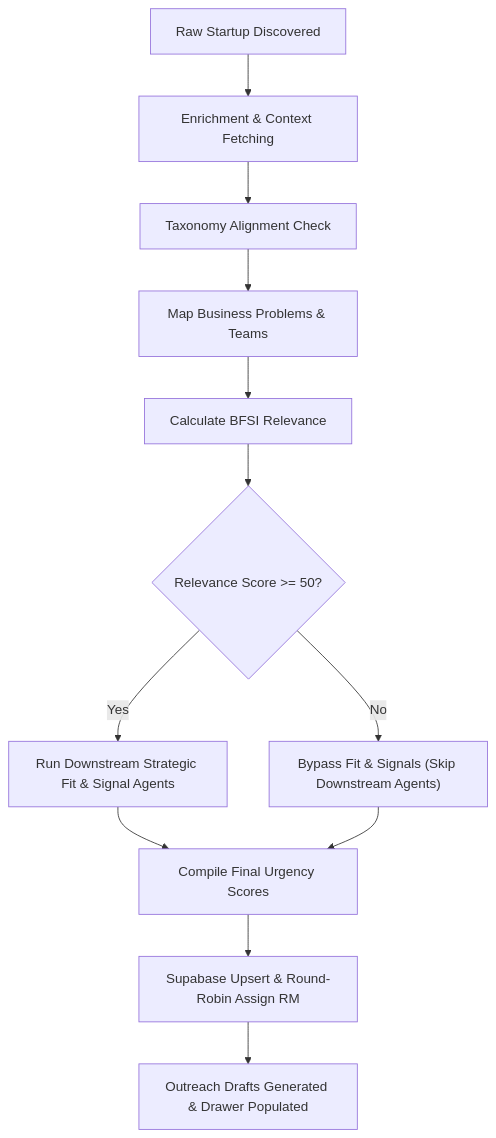
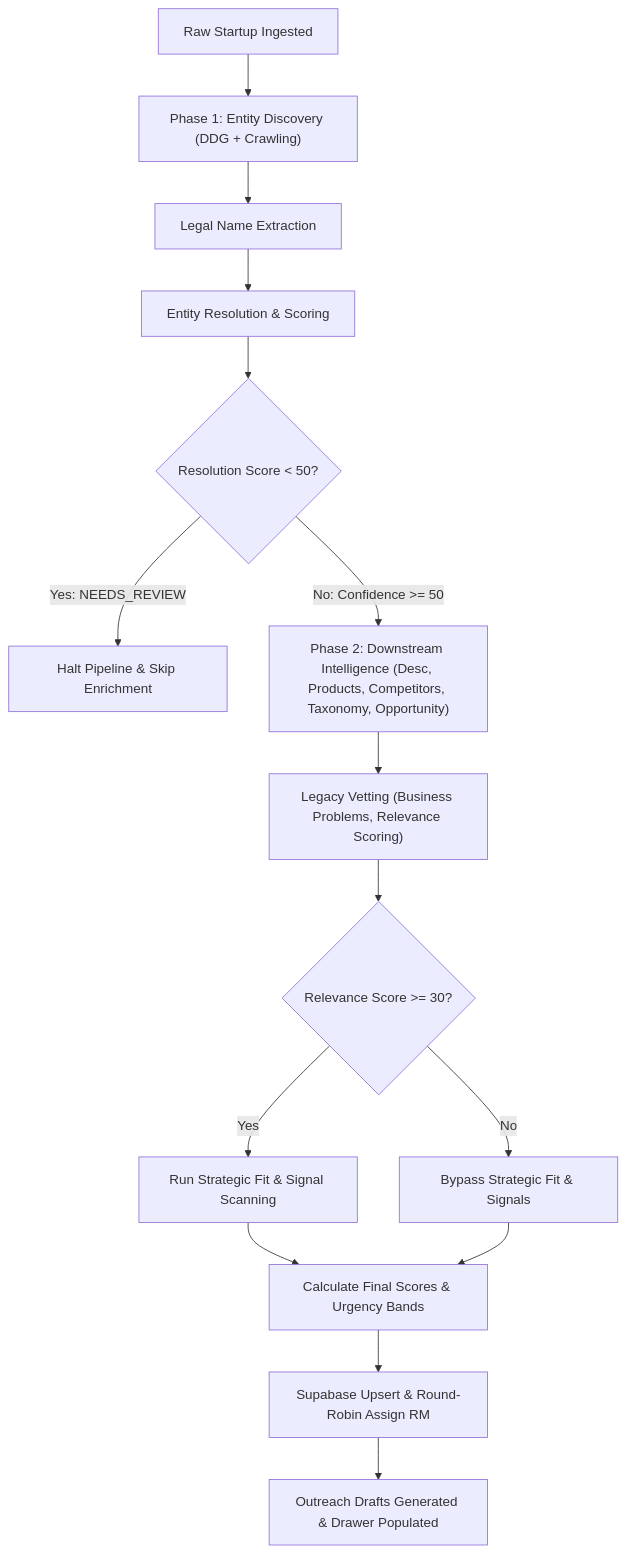
Before and after one commit to anuragbhayalprojects/startup-intelligence: the first of 6 diagrams in docs/architecture/Startup_Intelligence_Architecture_Documentation.md, drawn with Mermaid. The commit also changed other lines of this file and 65 other files, not shown here.

Commit message:
fix: standardize brand name cleaning, optimize legal name and funding extraction in multi-agent ingestion pipeline

````diff
--- a/docs/architecture/Startup_Intelligence_Architecture_Documentation.md
+++ b/docs/architecture/Startup_Intelligence_Architecture_Documentation.md
@@ -43,14 +46,17 @@
 ```mermaid
 graph TD
-    A["Raw Startup Discovered"] --> B["Enrichment & Context Fetching"]
-    B --> C["Taxonomy Alignment Check"]
-    C --> D["Map Business Problems & Teams"]
-    D --> E["Calculate BFSI Relevance"]
-    E --> F{"Relevance Score >= 50?"}
-    F -->|Yes| G["Run Downstream Strategic Fit & Signal Agents"]
-    F -->|No| H["Bypass Fit & Signals (Skip Downstream Agents)"]
-    G --> I["Compile Final Urgency Scores"]
-    H --> I
-    I --> J["Supabase Upsert & Round-Robin Assign RM"]
-    J --> K["Outreach Drafts Generated & Drawer Populated"]
+    A["Raw Startup Ingested"] --> B["Phase 1: Entity Discovery (DDG + Crawling)"]
+    B --> C["Legal Name Extraction"]
+    C --> D["Entity Resolution & Scoring"]
+    D --> E{"Resolution Score < 50?"}
+    E -->|Yes: NEEDS_REVIEW| F["Halt Pipeline & Skip Enrichment"]
+    E -->|No: Confidence >= 50| G["Phase 2: Downstream Intelligence (Desc, Products, Competitors, Taxonomy, Opportunity)"]
+    G --> H["Legacy Vetting (Business Problems, Relevance Scoring)"]
+    H --> I{"Relevance Score >= 30?"}
+    I -->|Yes| J["Run Strategic Fit & Signal Scanning"]
+    I -->|No| K["Bypass Strategic Fit & Signals"]
+    J --> L["Calculate Final Scores & Urgency Bands"]
+    K --> L
+    L --> M["Supabase Upsert & Round-Robin Assign RM"]
+    M --> N["Outreach Drafts Generated & Drawer Populated"]
 ```
````
